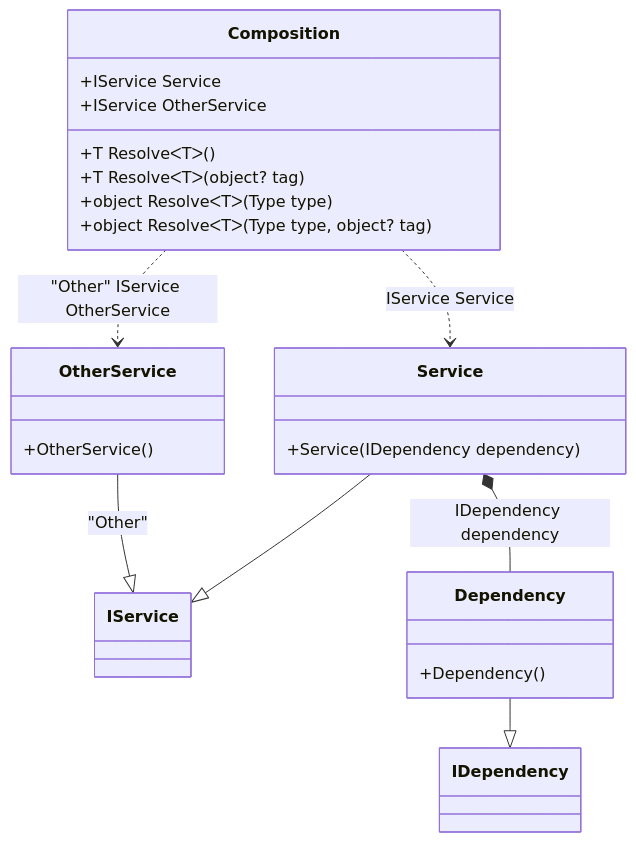
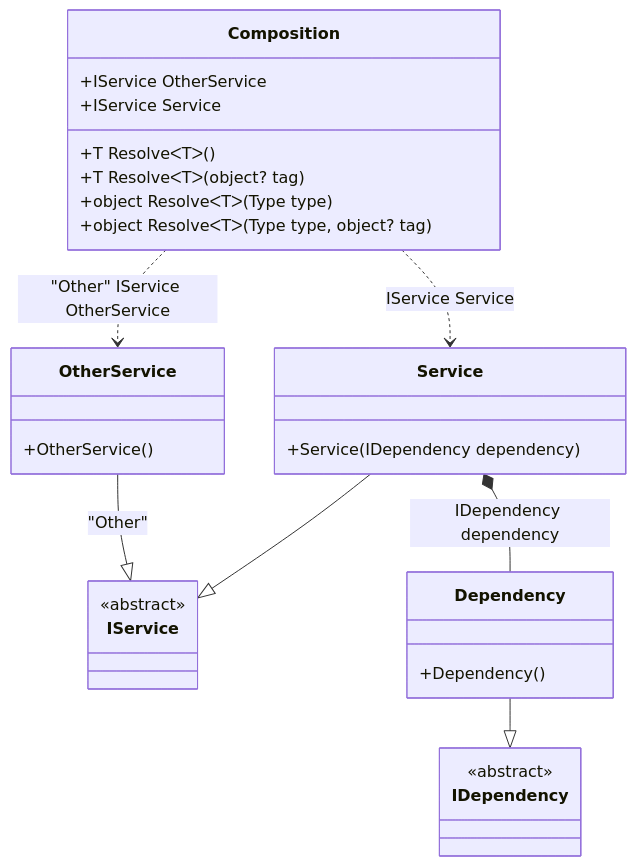
One commit to DevTeam/Pure.DI changed the second of 35 diagrams in readme/Examples.md. Above: the diagram before and after it, drawn with Mermaid. The commit also changed other lines of this file and 3 other files, not shown here.

````diff
--- a/readme/Examples.md
+++ b/readme/Examples.md
@@ -117,26 +123,32 @@
 ```mermaid
 classDiagram
-class Composition {
-+IService Service
-+IService OtherService
-+T ResolveᐸTᐳ()
-+T ResolveᐸTᐳ(object? tag)
-+object ResolveᐸTᐳ(Type type)
-+object ResolveᐸTᐳ(Type type, object? tag)
-}
-Service --|> IService : 
-class Service {
-+Service(IDependency dependency)
-}
-Dependency --|> IDependency : 
-class Dependency {
-+Dependency()
-}
-OtherService --|> IService : "Other" 
-class OtherService {
-+OtherService()
-}
-Service *--  Dependency : IDependency dependency
-Composition ..> Service : IService Service
-Composition ..> OtherService : "Other" IService OtherService
+  class Composition {
+    +IService OtherService
+    +IService Service
+    +T ResolveᐸTᐳ()
+    +T ResolveᐸTᐳ(object? tag)
+    +object ResolveᐸTᐳ(Type type)
+    +object ResolveᐸTᐳ(Type type, object? tag)
+  }
+  Service --|> IService : 
+  class Service {
+    +Service(IDependency dependency)
+  }
+  Dependency --|> IDependency : 
+  class Dependency {
+    +Dependency()
+  }
+  OtherService --|> IService : "Other" 
+  class OtherService {
+    +OtherService()
+  }
+  class IService {
+    <<abstract>>
+  }
+  class IDependency {
+    <<abstract>>
+  }
+  Service *--  Dependency : IDependency dependency
+  Composition ..> Service : IService Service
+  Composition ..> OtherService : "Other" IService OtherService
 ```
````
